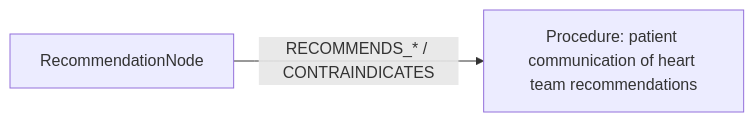
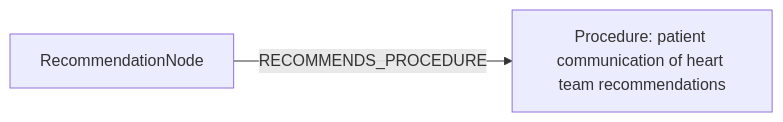
The second of 2 diagrams in docs/table22_rows/row_03.md (dieterich-lab/CardioGuidelinesGraph), drawn with Mermaid before and after one commit. The commit also changed other lines of this file and 18 other files, not shown here.

Commit message:
Align mermaid relations with schema

````diff
--- a/docs/table22_rows/row_03.md
+++ b/docs/table22_rows/row_03.md
@@ -116,6 +116,6 @@
 ```mermaid
 graph LR
   REC[RecommendationNode]
   ACT1[Procedure: patient communication of heart team recommendations]
-  REC -->|RECOMMENDS_* / CONTRAINDICATES| ACT1
+  REC -->|RECOMMENDS_PROCEDURE| ACT1
 ```
````
